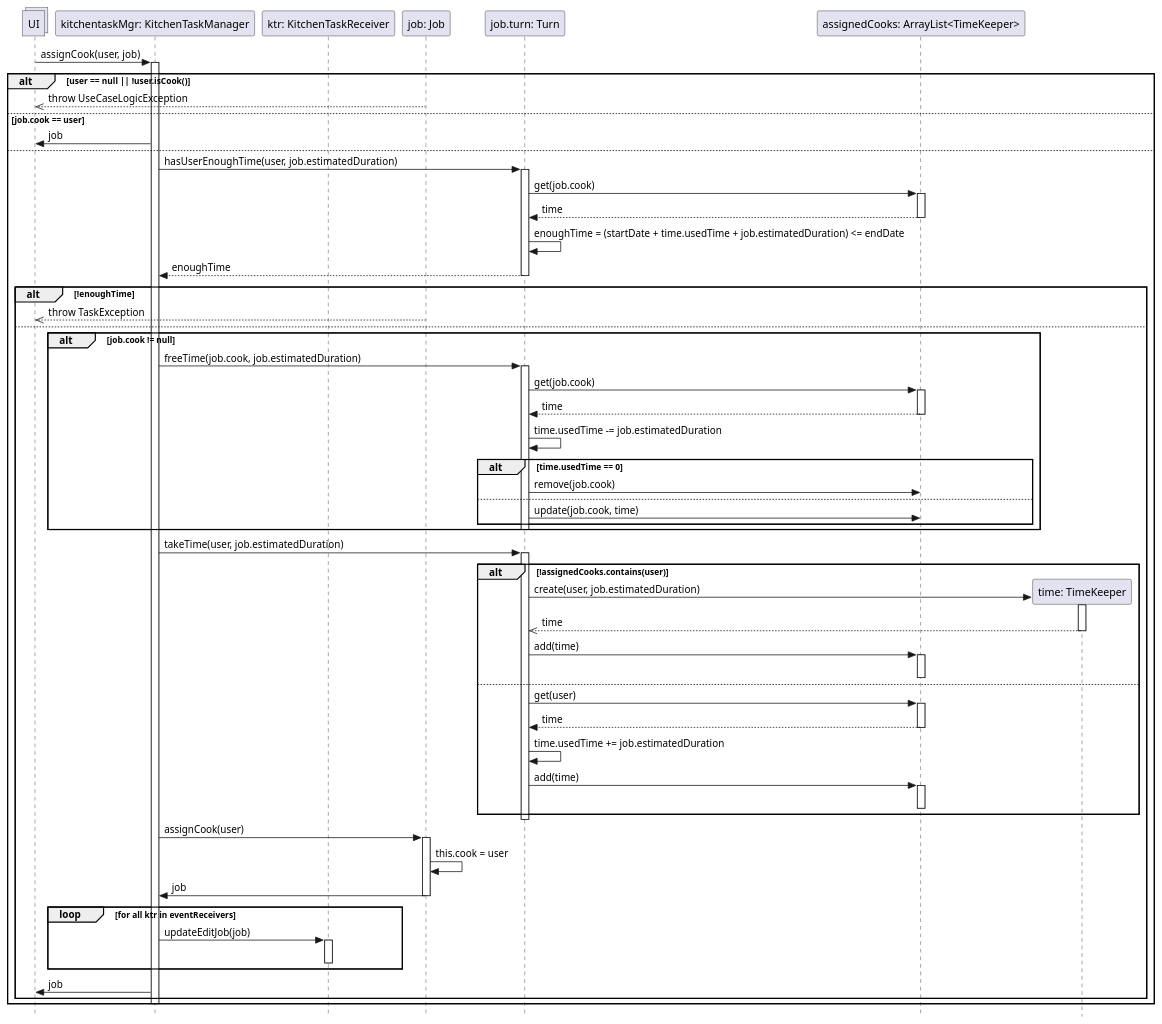
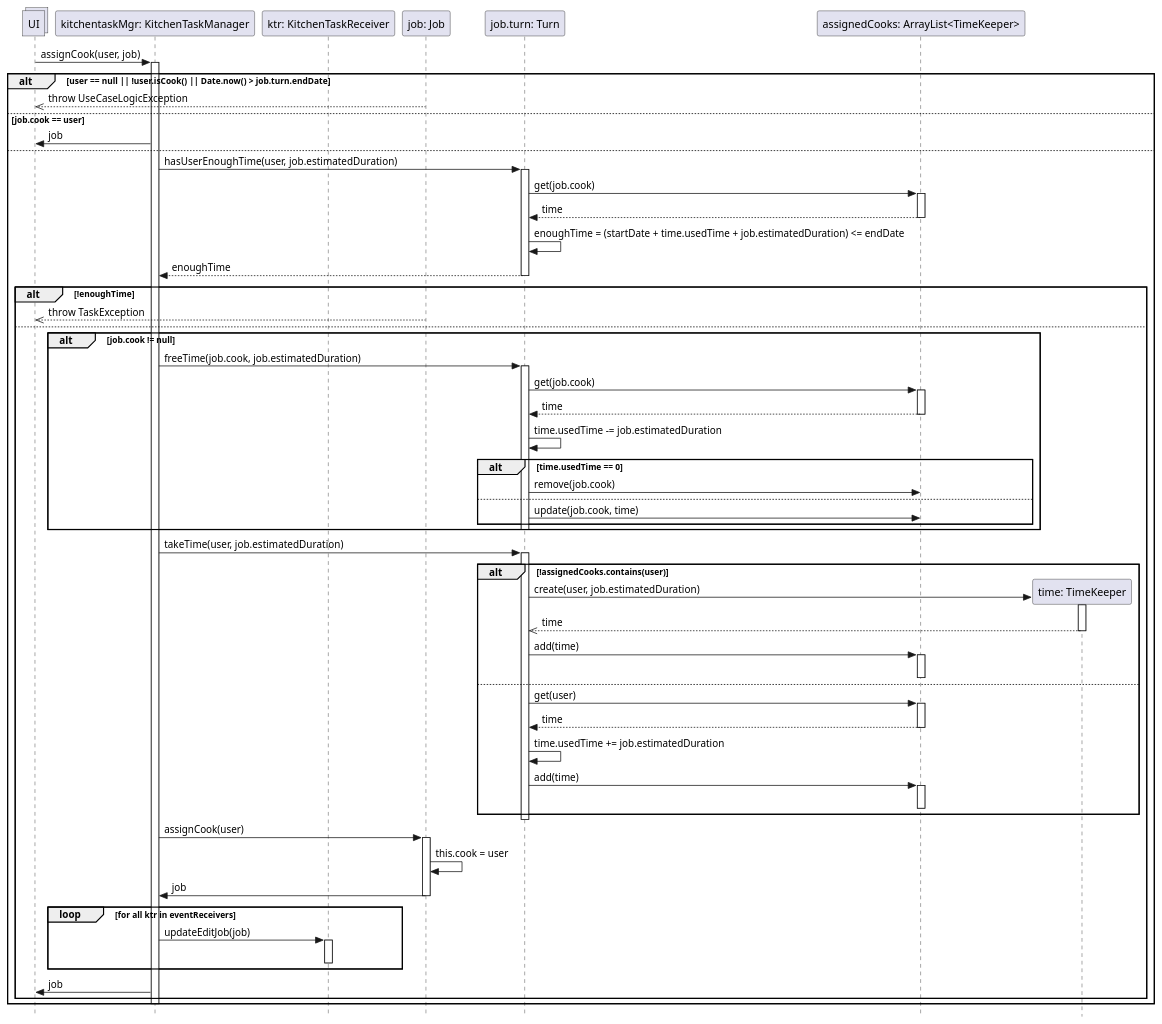
The diagram in DSD Operazione 6c.puml (stefa168/sas-project), drawn with PlantUML before and after one commit.

Commit message:
Aggiunta verifica mancante

```diff
--- a/DSD Operazione 6c.puml
+++ b/DSD Operazione 6c.puml
@@ -1,97 +1,97 @@
 @startuml
 skinparam Style strictuml
 
 collections UI
 
 participant "kitchentaskMgr: KitchenTaskManager" as ktm
 participant "ktr: KitchenTaskReceiver" as ktr
 participant "job: Job" as job
 participant "job.turn: Turn" as turn
 participant "assignedCooks: ArrayList<TimeKeeper>" as cooks
 
 UI -> ktm: assignCook(user, job)
 activate ktm
-alt user == null || !user.isCook()
+alt user == null || !user.isCook() || Date.now() > job.turn.endDate
     UI <<-- job: throw UseCaseLogicException
 else job.cook == user
     UI <- ktm: job
 else
     ktm -> turn: hasUserEnoughTime(user, job.estimatedDuration)
     activate turn
 
     turn -> cooks: get(job.cook)
     activate cooks
     return time
 
     turn -> turn: enoughTime = (startDate + time.usedTime + job.estimatedDuration) <= endDate
 
     return enoughTime
     deactivate turn
 
     alt !enoughTime
         UI <<-- job: throw TaskException
     else
         alt job.cook != null
             ktm -> turn: freeTime(job.cook, job.estimatedDuration)
             activate turn
             turn -> cooks: get(job.cook)
             activate cooks
             return time
 
             turn -> turn: time.usedTime -= job.estimatedDuration
 
             ' se per caso liberando del tempo ci accorgiamo che il TimeKeeper è vuoto, cancelliamolo.
             alt time.usedTime == 0
                 turn -> cooks: remove(job.cook)
             ' altrimenti aggiorniamo il tempo.
             else
                 turn -> cooks: update(job.cook, time)
             end
             deactivate turn
         end
 
         ktm -> turn: takeTime(user, job.estimatedDuration)
         activate turn
 
         participant "time: TimeKeeper" as newTime
 
         ' potrebbe trattarsi del primo incarico assegnato all cuoco in questo turno.
         alt !assignedCooks.contains(user)
             turn -> newTime**: create(user, job.estimatedDuration)
             activate newTime
             turn <<-- newTime: time
             deactivate newTime
 
             turn -> cooks: add(time)
             activate cooks
             deactivate cooks
         else
             turn -> cooks: get(user)
             activate cooks
             return time
 
             turn -> turn: time.usedTime += job.estimatedDuration
 
             turn -> cooks: add(time)
             activate cooks
             deactivate cooks
         end
         deactivate turn
 
         ktm -> job: assignCook(user)
         activate job
         job -> job: this.cook = user
         ktm <- job: job
         deactivate job
 
         loop for all ktr in eventReceivers
             ktm -> ktr : updateEditJob(job)
             activate ktr
             deactivate ktr
         end
 
         UI <- ktm: job
         end
 deactivate ktm
 end
 @enduml
```
